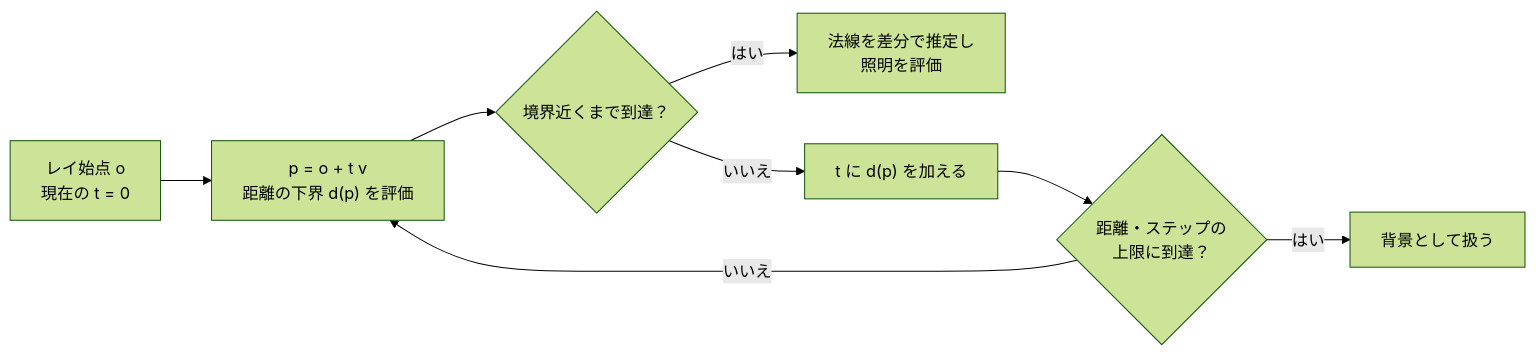
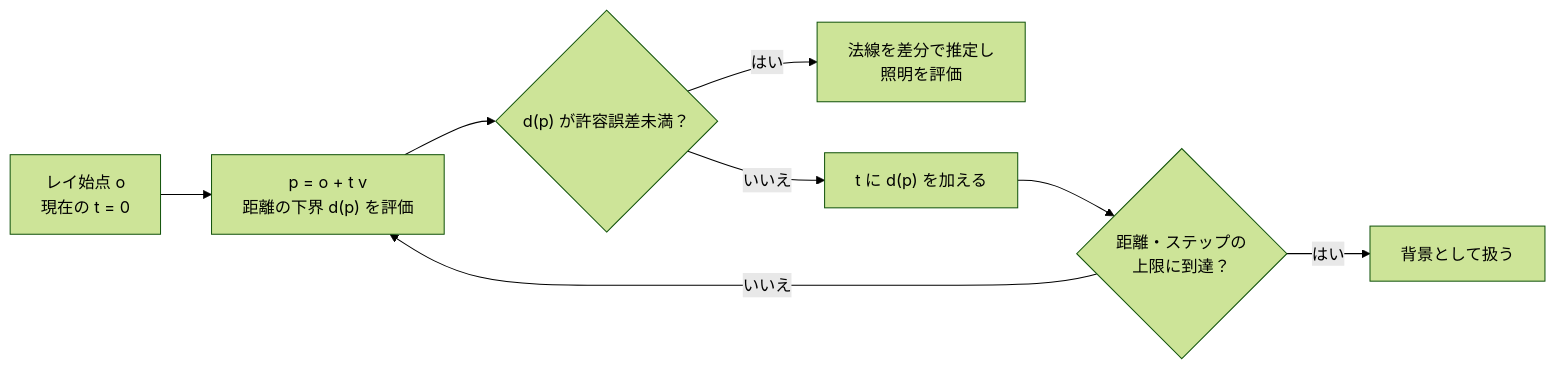
The diagram in study/docs/graphics/shader/sdf-and-raymarching.md (sny0/sny0.github.io), drawn with Mermaid (forest theme) before and after one commit. The commit also changed other lines of this file and 2 other files, not shown here.

````diff
--- a/study/docs/graphics/shader/sdf-and-raymarching.md
+++ b/study/docs/graphics/shader/sdf-and-raymarching.md
@@ -47,10 +47,10 @@
 ```mermaid
 flowchart LR
     A["レイ始点 o<br/>現在の t = 0"] --> B["p = o + t v<br/>距離の下界 d(p) を評価"]
-    B --> C{"境界近くまで到達？"}
+    B --> C{"d(p) が許容誤差未満？"}
     C -->|はい| D["法線を差分で推定し<br/>照明を評価"]
     C -->|いいえ| E["t に d(p) を加える"]
     E --> F{"距離・ステップの<br/>上限に到達？"}
     F -->|いいえ| B
     F -->|はい| G["背景として扱う"]
 ```
````
